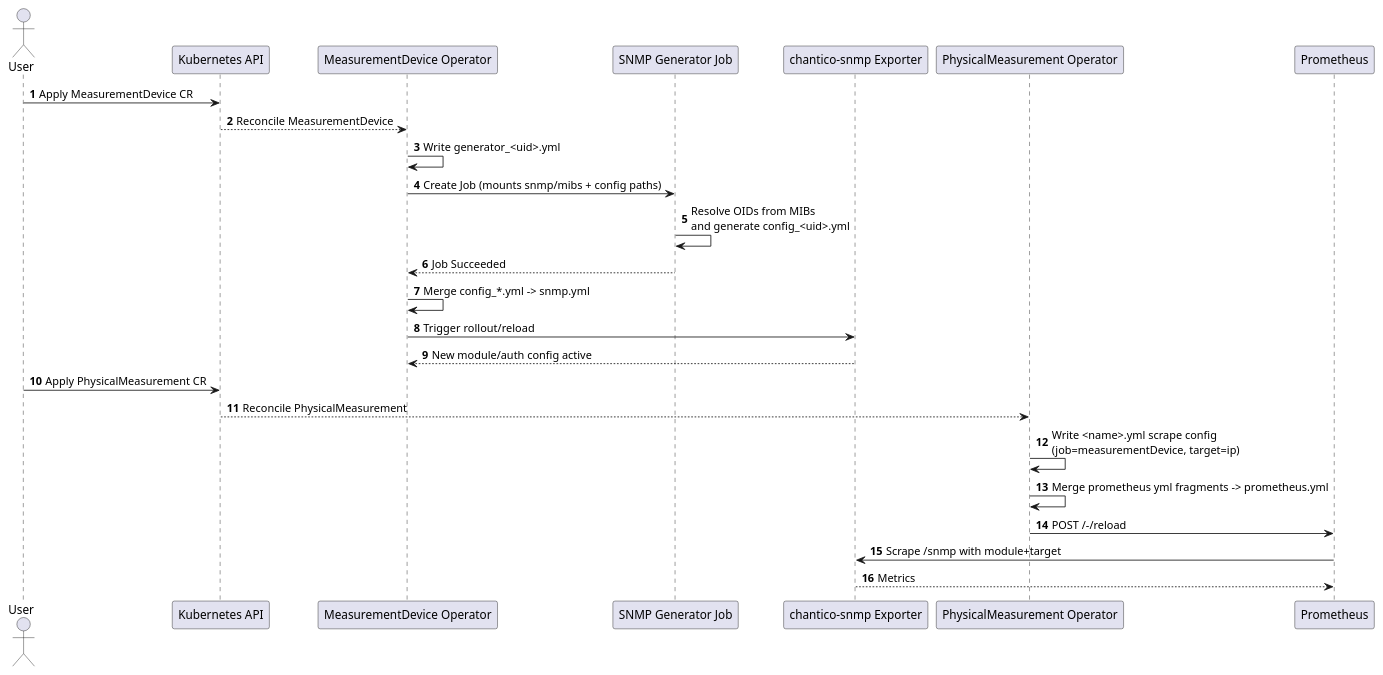
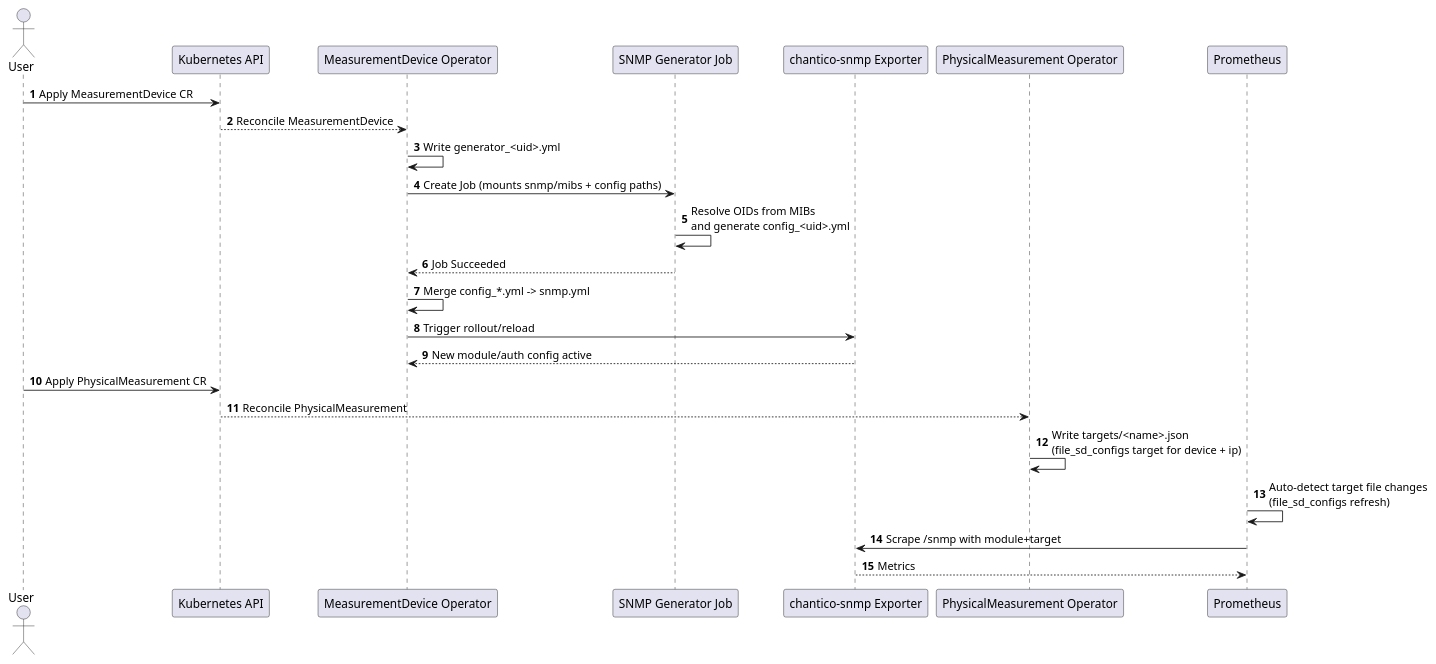
Before and after one commit to TNO-MISD/chantico: the diagram in docs/puml/PhysicalMeasurement-and-MeasurementDevice-sequence.puml, drawn with PlantUML. The commit also changed 12 other files, not shown here.

Commit message:
feat: replace Prometheus config merging with service discovery

```diff
--- a/docs/puml/PhysicalMeasurement-and-MeasurementDevice-sequence.puml
+++ b/docs/puml/PhysicalMeasurement-and-MeasurementDevice-sequence.puml
@@ -1,30 +1,29 @@
 @startuml
 autonumber
 
 actor User
 participant "Kubernetes API" as K8s
 participant "MeasurementDevice Operator" as MDO
 participant "SNMP Generator Job" as SNMPJob
 participant "chantico-snmp Exporter" as SNMP
 participant "PhysicalMeasurement Operator" as PMO
 participant "Prometheus" as Prom
 
 User -> K8s: Apply MeasurementDevice CR
 K8s --> MDO: Reconcile MeasurementDevice
 MDO -> MDO: Write generator_<uid>.yml
 MDO -> SNMPJob: Create Job (mounts snmp/mibs + config paths)
 SNMPJob -> SNMPJob: Resolve OIDs from MIBs\nand generate config_<uid>.yml
 SNMPJob --> MDO: Job Succeeded
 MDO -> MDO: Merge config_*.yml -> snmp.yml
 MDO -> SNMP: Trigger rollout/reload
 SNMP --> MDO: New module/auth config active
 
 User -> K8s: Apply PhysicalMeasurement CR
 K8s --> PMO: Reconcile PhysicalMeasurement
-PMO -> PMO: Write <name>.yml scrape config\n(job=measurementDevice, target=ip)
-PMO -> PMO: Merge prometheus yml fragments -> prometheus.yml
-PMO -> Prom: POST /-/reload
+PMO -> PMO: Write targets/<name>.json\n(file_sd_configs target for device + ip)
+Prom -> Prom: Auto-detect target file changes\n(file_sd_configs refresh)
 Prom -> SNMP: Scrape /snmp with module+target
 SNMP --> Prom: Metrics
 
 @enduml
```
